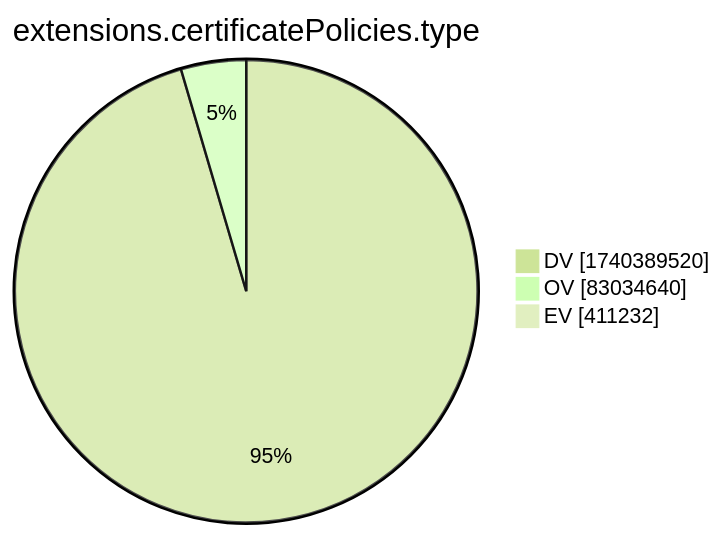
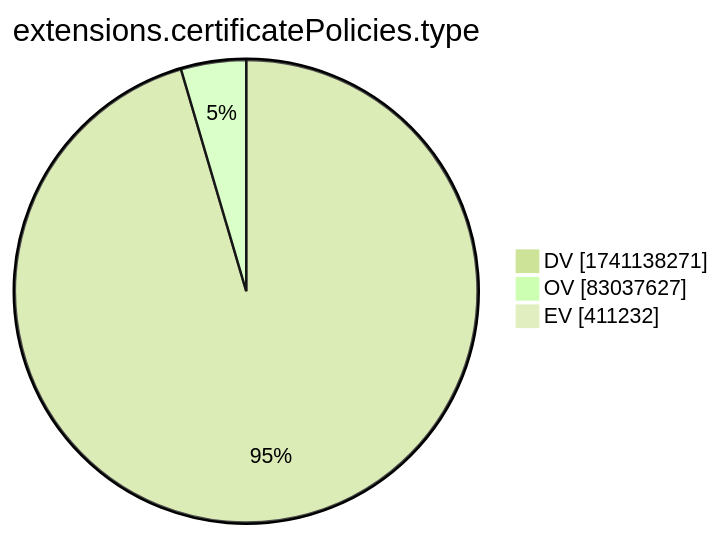
Before and after one commit to christiankrug/ctmonitor_visualization: the tenth of 15 diagrams in xenon2022/README.md, drawn with Mermaid (forest theme). The commit also changed other lines of this file, not shown here.

````diff
--- a/xenon2022/README.md
+++ b/xenon2022/README.md
@@ -2881,7 +2881,7 @@
 ```mermaid
 pie showData
 title extensions.certificatePolicies.type
-"DV" :1740389520
-"OV" :83034640
+"DV" :1741138271
+"OV" :83037627
 "EV" :411232
 ```
````
